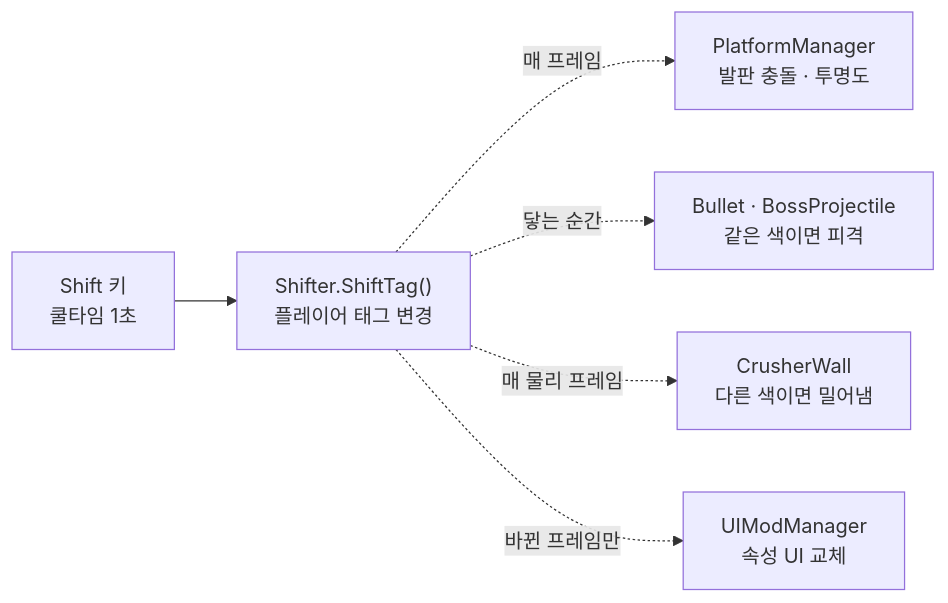
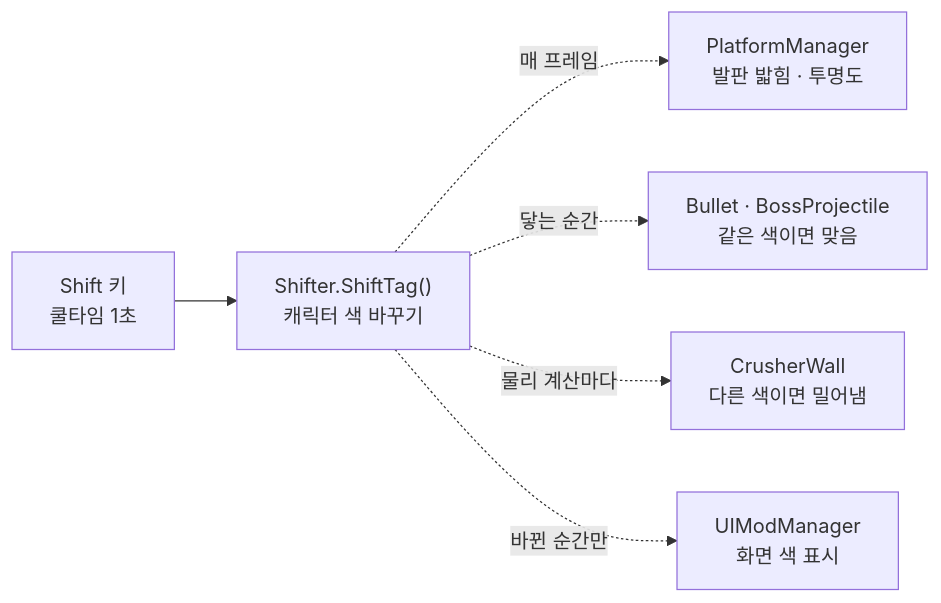
Before and after one commit to krKooHoo/portfolio-template: the fourth of 9 diagrams in src/Shifter/Shifter_기술문서.md, drawn with Mermaid. The commit also changed other lines of this file and 2 other files, not shown here.

First line of the commit message:
Shifter 기술문서 수정 + 재빌드

````diff
--- a/src/Shifter/Shifter_기술문서.md
+++ b/src/Shifter/Shifter_기술문서.md
@@ -228,8 +236,8 @@
 ```mermaid
 flowchart LR
-    K["Shift 키<br/>쿨타임 1초"] --> T["Shifter.ShiftTag()<br/>플레이어 태그 변경"]
-    T -.->|"매 프레임"| PM["PlatformManager<br/>발판 충돌 · 투명도"]
-    T -.->|"닿는 순간"| PR["Bullet · BossProjectile<br/>같은 색이면 피격"]
-    T -.->|"매 물리 프레임"| CW["CrusherWall<br/>다른 색이면 밀어냄"]
-    T -.->|"바뀐 프레임만"| UI["UIModManager<br/>속성 UI 교체"]
+    K["Shift 키<br/>쿨타임 1초"] --> T["Shifter.ShiftTag()<br/>캐릭터 색 바꾸기"]
+    T -.->|"매 프레임"| PM["PlatformManager<br/>발판 밟힘 · 투명도"]
+    T -.->|"닿는 순간"| PR["Bullet · BossProjectile<br/>같은 색이면 맞음"]
+    T -.->|"물리 계산마다"| CW["CrusherWall<br/>다른 색이면 밀어냄"]
+    T -.->|"바뀐 순간만"| UI["UIModManager<br/>화면 색 표시"]
 ```
````
